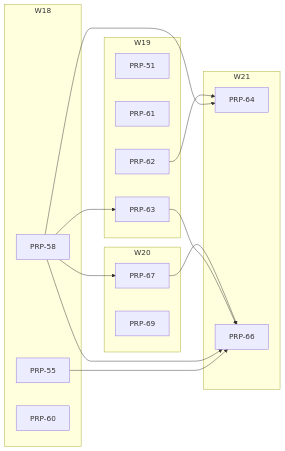
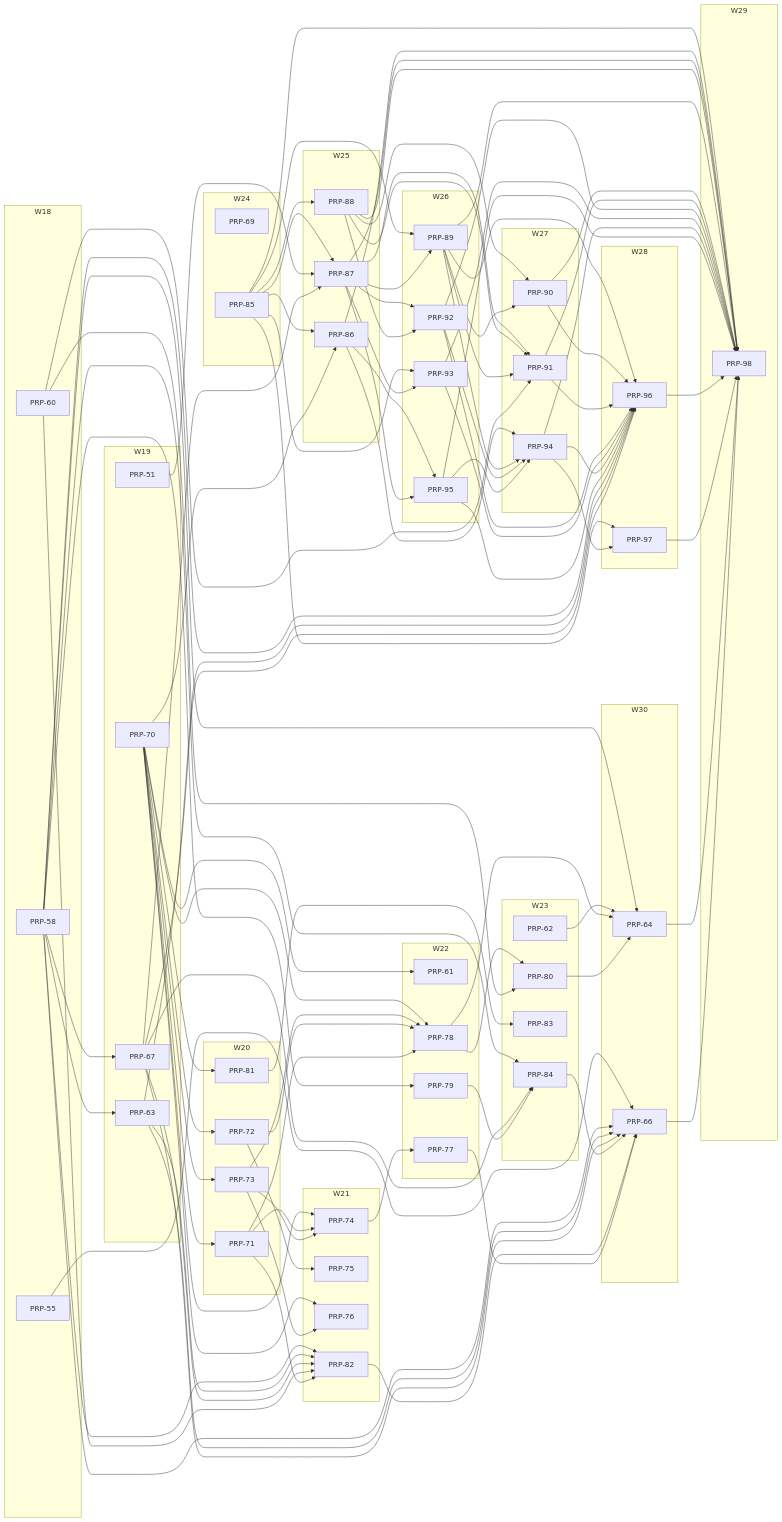
Before and after one commit to fgarofalo56/neurosphere: the diagram in PRPs/EXECUTION-PLAN.md, drawn with Mermaid. The commit also changed other lines of this file and 42 other files, not shown here.

````diff
--- a/PRPs/EXECUTION-PLAN.md
+++ b/PRPs/EXECUTION-PLAN.md
@@ -102,24 +197,155 @@
   end
   subgraph W19
     P51["PRP-51"]
-    P61["PRP-61"]
-    P62["PRP-62"]
     P63["PRP-63"]
+    P67["PRP-67"]
+    P70["PRP-70"]
   end
   subgraph W20
-    P67["PRP-67"]
-    P69["PRP-69"]
+    P71["PRP-71"]
+    P72["PRP-72"]
+    P73["PRP-73"]
+    P81["PRP-81"]
   end
   subgraph W21
+    P74["PRP-74"]
+    P75["PRP-75"]
+    P76["PRP-76"]
+    P82["PRP-82"]
+  end
+  subgraph W22
+    P61["PRP-61"]
+    P77["PRP-77"]
+    P78["PRP-78"]
+    P79["PRP-79"]
+  end
+  subgraph W23
+    P62["PRP-62"]
+    P80["PRP-80"]
+    P83["PRP-83"]
+    P84["PRP-84"]
+  end
+  subgraph W24
+    P69["PRP-69"]
+    P85["PRP-85"]
+  end
+  subgraph W25
+    P86["PRP-86"]
+    P87["PRP-87"]
+    P88["PRP-88"]
+  end
+  subgraph W26
+    P89["PRP-89"]
+    P92["PRP-92"]
+    P93["PRP-93"]
+    P95["PRP-95"]
+  end
+  subgraph W27
+    P90["PRP-90"]
+    P91["PRP-91"]
+    P94["PRP-94"]
+  end
+  subgraph W28
+    P96["PRP-96"]
+    P97["PRP-97"]
+  end
+  subgraph W29
+    P98["PRP-98"]
+  end
+  subgraph W30
     P64["PRP-64"]
     P66["PRP-66"]
   end
+  P70 --> P61
   P58 --> P63
   P58 --> P64
   P62 --> P64
+  P78 --> P64
+  P80 --> P64
   P55 --> P66
   P58 --> P66
   P63 --> P66
   P67 --> P66
+  P84 --> P66
+  P82 --> P66
+  P77 --> P66
   P58 --> P67
+  P70 --> P71
+  P70 --> P72
+  P70 --> P73
+  P70 --> P74
+  P71 --> P74
+  P73 --> P74
+  P72 --> P75
+  P70 --> P76
+  P73 --> P76
+  P74 --> P77
+  P70 --> P78
+  P73 --> P78
+  P72 --> P78
+  P71 --> P78
+  P58 --> P79
+  P78 --> P80
+  P60 --> P80
+  P70 --> P81
+  P58 --> P82
+  P63 --> P82
+  P67 --> P82
+  P60 --> P82
+  P71 --> P82
+  P81 --> P83
+  P58 --> P84
+  P67 --> P84
+  P79 --> P84
+  P85 --> P86
+  P70 --> P86
+  P85 --> P87
+  P51 --> P87
+  P67 --> P87
+  P85 --> P88
+  P85 --> P89
+  P87 --> P89
+  P88 --> P90
+  P89 --> P90
+  P87 --> P91
+  P88 --> P91
+  P89 --> P91
+  P60 --> P91
+  P87 --> P92
+  P88 --> P92
+  P85 --> P93
+  P87 --> P93
+  P86 --> P94
+  P89 --> P94
+  P92 --> P94
+  P95 --> P94
+  P86 --> P95
+  P87 --> P95
+  P89 --> P96
+  P90 --> P96
+  P91 --> P96
+  P92 --> P96
+  P93 --> P96
+  P94 --> P96
+  P95 --> P96
+  P58 --> P96
+  P63 --> P96
+  P67 --> P96
+  P85 --> P97
+  P94 --> P97
+  P85 --> P98
+  P86 --> P98
+  P87 --> P98
+  P88 --> P98
+  P89 --> P98
+  P90 --> P98
+  P91 --> P98
+  P92 --> P98
+  P93 --> P98
+  P94 --> P98
+  P95 --> P98
+  P96 --> P98
+  P97 --> P98
+  P64 --> P98
+  P66 --> P98
 ```
````
